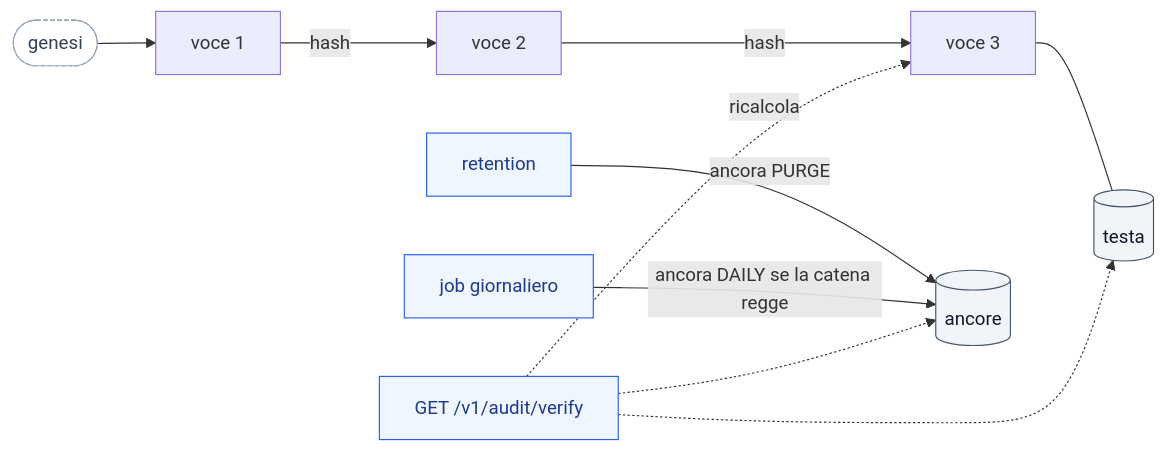
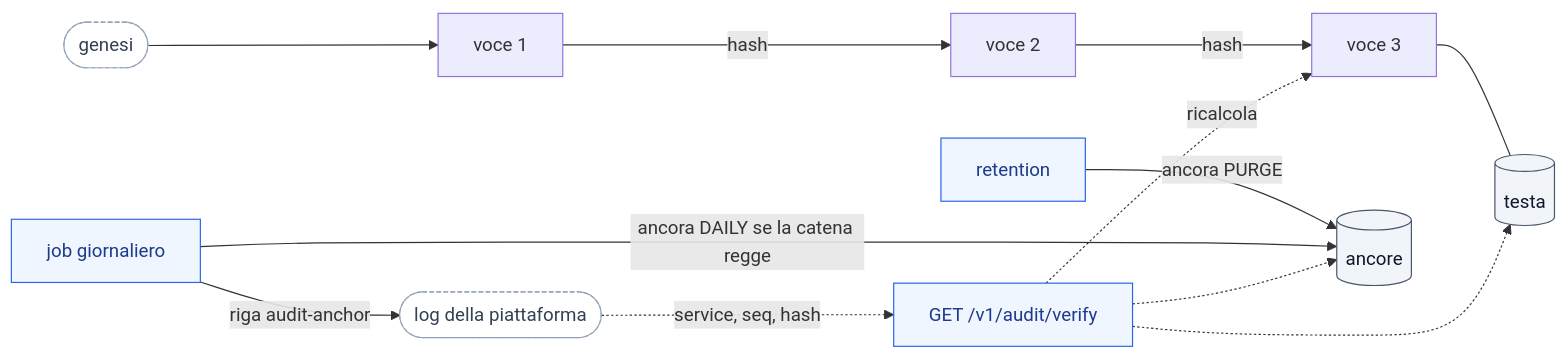
One commit to peppe-ruv/Loyalty_Sys changed the diagram in api/insight.mdx. Above: the diagram before and after it, drawn with Mermaid. The commit also changed other lines of this file and 5 other files, not shown here.

First line of the commit message:
docs(insight): garanzie reali dell'audit a catena, ancore nei log, Q-403 e TOBE-002 [F2-GRC-07, ADR-043, ADR-038, M8.12a]

````diff
--- a/api/insight.mdx
+++ b/api/insight.mdx
@@ -461,20 +469,22 @@
 ```mermaid
 flowchart LR
   accTitle: Catena di hash dell'audit e sua verifica
-  accDescr: Ogni voce di audit di un servizio porta l'hash della precedente a partire dalla genesi; la retention lascia un'ancora sull'ultima voce cancellata; il job giornaliero verifica il tratto nuovo e ancora la testa; la verifica ricalcola la catena e la confronta con testa e ancore.
+  accDescr: Ogni voce di audit di un servizio porta l'hash della precedente a partire dalla genesi; la retention lascia un'ancora PURGE; il job giornaliero verifica il tratto nuovo, ancora la testa e scrive l'ancora nei log; la verifica ricalcola la catena e la confronta con testa, ancore e un'ancora copiata dai log.
   GEN(["genesi"]) --> E1["voce 1"]
   E1 -->|hash| E2["voce 2"]
   E2 -->|hash| E3["voce 3"]
   E3 --- HEAD[("testa")]
   RET["retention"] -->|ancora PURGE| ANC[("ancore")]
   JOB["job giornaliero"] -->|ancora DAILY se la catena regge| ANC
+  JOB -->|riga audit-anchor| LOG(["log della piattaforma"])
   VER["GET /v1/audit/verify"] -.->|ricalcola| E3
   VER -.-> HEAD
   VER -.-> ANC
+  LOG -.->|"service, seq, hash"| VER
   classDef svc fill:#EFF6FF,stroke:#2563EB,color:#1E3A8A
   classDef store fill:#F1F5F9,stroke:#475569,color:#0F172A
   classDef ext fill:#FFFFFF,stroke:#94A3B8,stroke-dasharray:4 2,color:#334155
   class RET,JOB,VER svc
   class HEAD,ANC store
-  class GEN ext
+  class GEN,LOG ext
 ```
````
